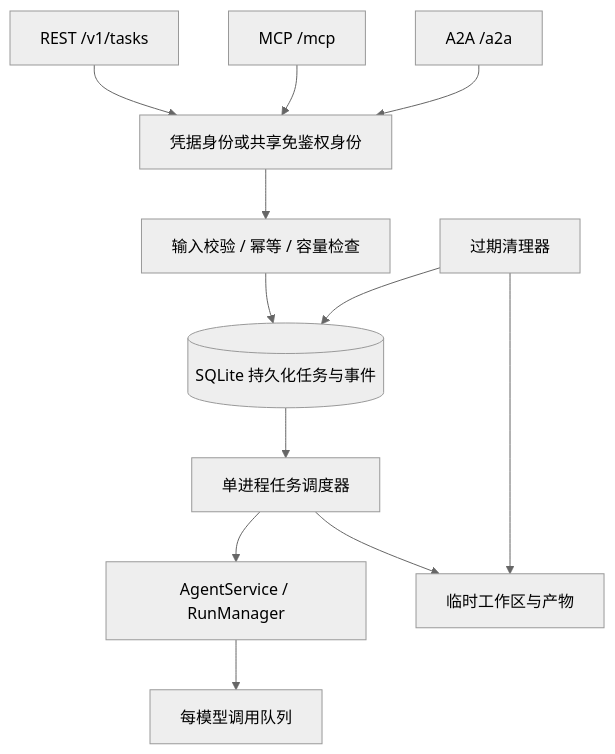
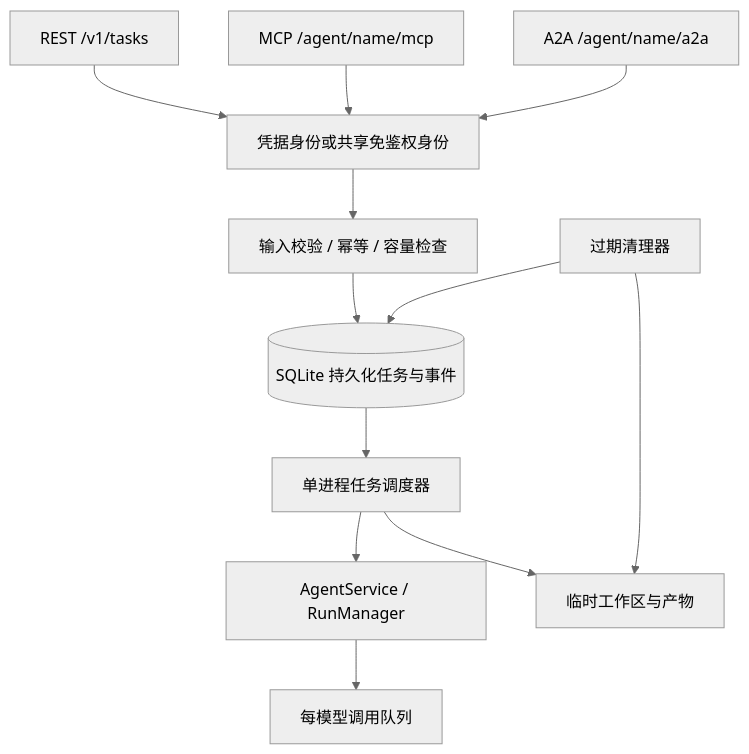
The diagram in docs/architecture/api-service.md (umeiko/UmEkO), drawn with Mermaid (neutral theme) before and after one commit. The commit also changed 39 other files, not shown here.

````diff
--- a/docs/architecture/api-service.md
+++ b/docs/architecture/api-service.md
@@ -5,14 +5,14 @@
 ```mermaid
 flowchart TB
     REST[REST /v1/tasks] --> Identity[凭据身份或共享免鉴权身份]
-    MCP[MCP /mcp] --> Identity
-    A2A[A2A /a2a] --> Identity
+    MCP[MCP /agent/name/mcp] --> Identity
+    A2A[A2A /agent/name/a2a] --> Identity
     Identity --> Admission[输入校验 / 幂等 / 容量检查]
     Admission --> Tasks[(SQLite 持久化任务与事件)]
     Tasks --> Worker[单进程任务调度器]
     Worker --> Agent[AgentService / RunManager]
     Agent --> Model[每模型调用队列]
     Worker --> Files[临时工作区与产物]
     GC[过期清理器] --> Tasks
     GC --> Files
 ```
````
